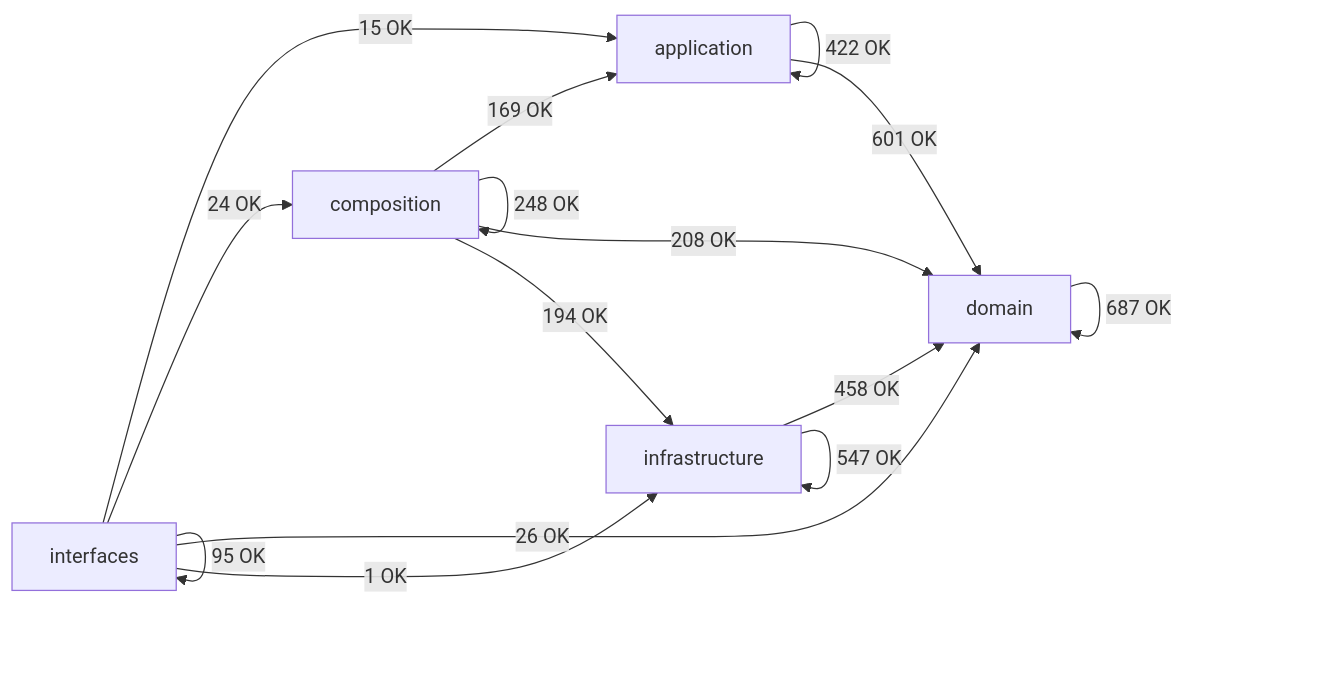
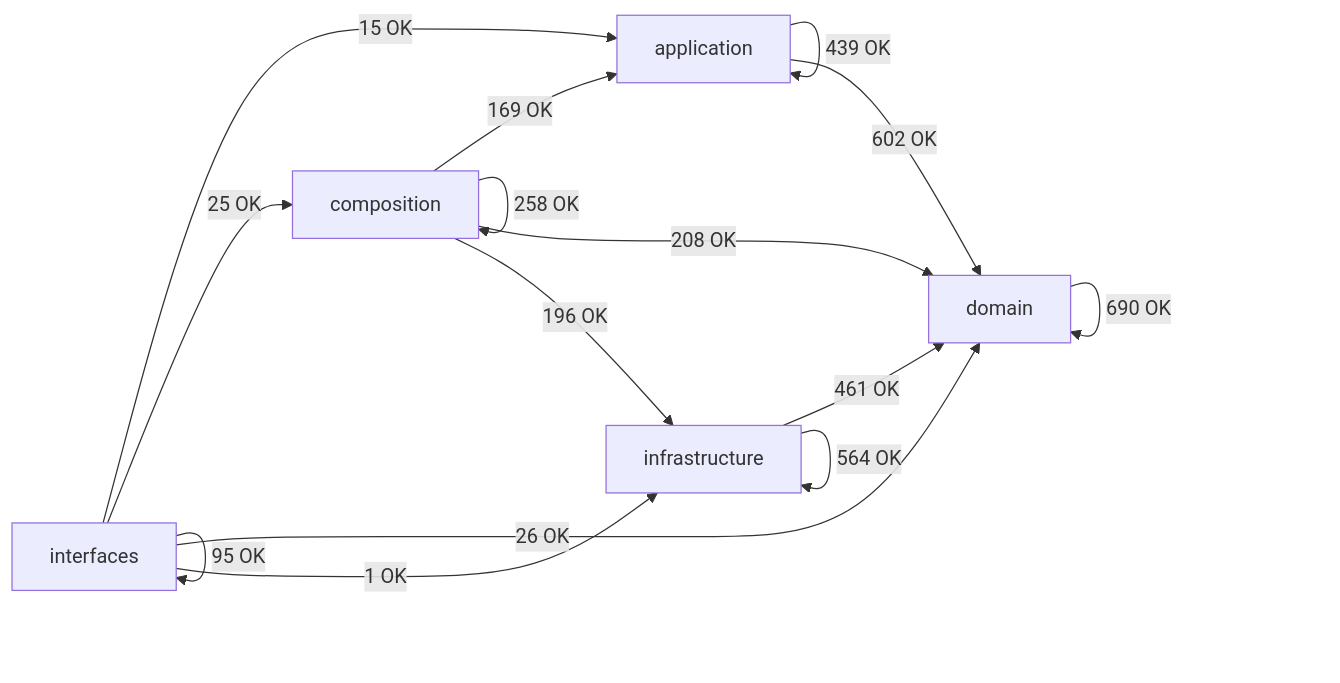
One commit to SatoryKono/BioactivityDataAcquisition changed the diagram in docs/02-architecture/generated/module-dependency-map.md. Above: the diagram before and after it, drawn with Mermaid. The commit also changed other lines of this file and 511 other files, not shown here.

````diff
--- a/docs/02-architecture/generated/module-dependency-map.md
+++ b/docs/02-architecture/generated/module-dependency-map.md
@@ -16,22 +16,22 @@
 ```mermaid
 flowchart LR
     domain[domain]
     application[application]
     infrastructure[infrastructure]
     composition[composition]
     interfaces[interfaces]
-    application -->|422 OK| application
-    application -->|601 OK| domain
+    application -->|439 OK| application
+    application -->|602 OK| domain
     composition -->|169 OK| application
-    composition -->|248 OK| composition
+    composition -->|258 OK| composition
     composition -->|208 OK| domain
-    composition -->|194 OK| infrastructure
-    domain -->|687 OK| domain
-    infrastructure -->|458 OK| domain
-    infrastructure -->|547 OK| infrastructure
+    composition -->|196 OK| infrastructure
+    domain -->|690 OK| domain
+    infrastructure -->|461 OK| domain
+    infrastructure -->|564 OK| infrastructure
     interfaces -->|15 OK| application
-    interfaces -->|24 OK| composition
+    interfaces -->|25 OK| composition
     interfaces -->|26 OK| domain
     interfaces -->|1 OK| infrastructure
     interfaces -->|95 OK| interfaces
 ```
````
